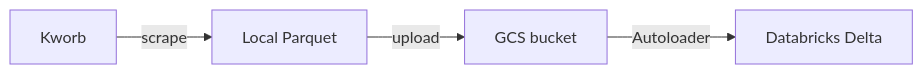
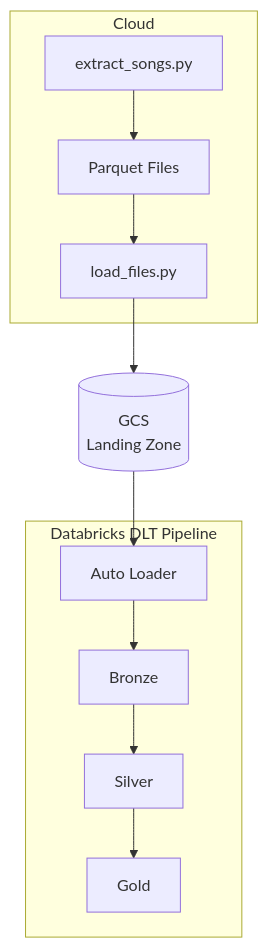
Before and after one commit to TinyHero13/trending-songs-databricks-auto-loader: the diagram in README.md, drawn with Mermaid. The commit also changed other lines of this file, not shown here.

````diff
--- a/README.md
+++ b/README.md
@@ -14,6 +8,24 @@
 ```mermaid
-flowchart LR
-    A[Kworb] -->|scrape| B[Local Parquet]
-    B -->|upload| C[GCS bucket]
-    C -->|Autoloader| D[Databricks Delta]
+flowchart TD
+    B[extract_songs.py]
+    B --> C[Parquet Files]
+    C --> D[load_files.py]
+    D --> E[(GCS\nLanding Zone)]
+    E --> F[Auto Loader]
+    F --> G[Bronze]
+    G --> H[Silver]
+    H --> I[Gold]
+ 
+    subgraph Cloud
+        B
+        C
+        D
+    end
+ 
+    subgraph Databricks DLT Pipeline
+        F
+        G
+        H
+        I
+    end
 ```
````
